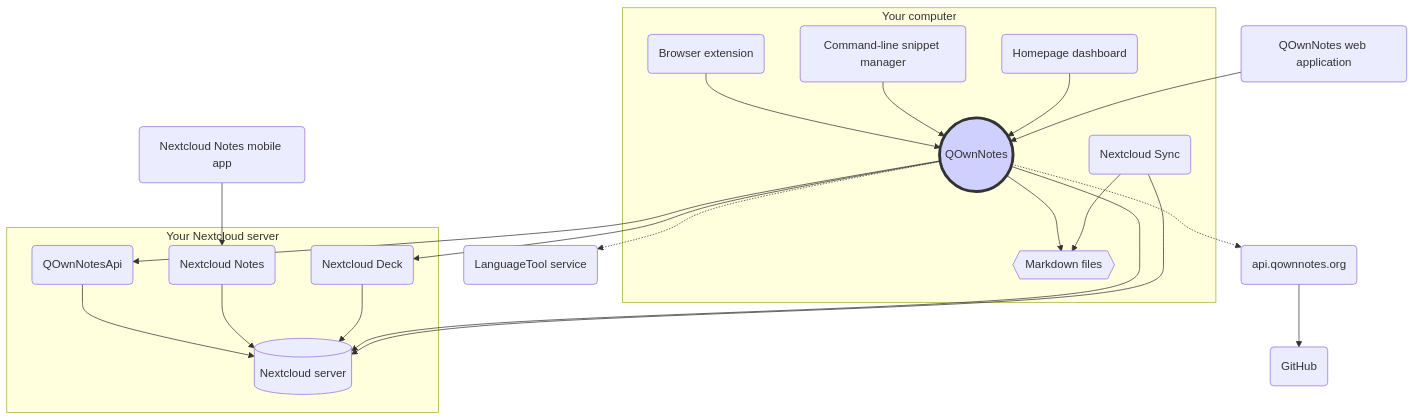
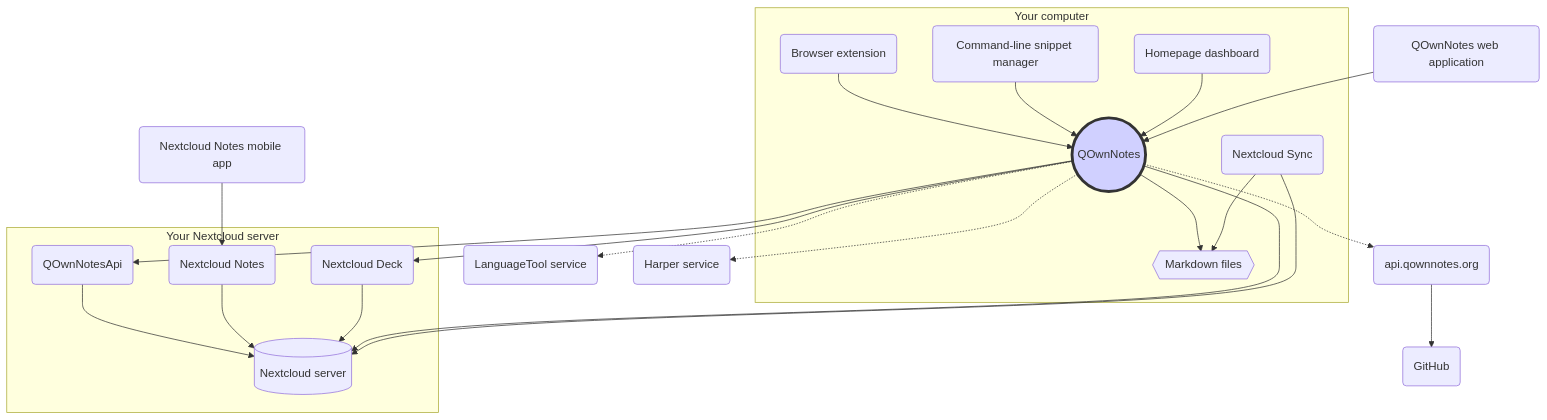
The diagram in webpage/src/getting-started/concept.md (dwongdev/QOwnNotes), drawn with Mermaid before and after one commit. The commit also changed 2 other files, not shown here.

Commit message:
#3576 doc: mention harper in mermaid diagram and readme

````diff
--- a/webpage/src/getting-started/concept.md
+++ b/webpage/src/getting-started/concept.md
@@ -13,41 +13,43 @@
 ```mermaid
 graph TB
     subgraph Your computer
         qon((QOwnNotes))-->md{{"Markdown files"}}
         sync("Nextcloud Sync")-->md
         qon-comp("Browser extension")-->qon
         qc("Command-line snippet manager")-->qon
         homepage("Homepage dashboard")-->qon
     end
     subgraph Your Nextcloud server
         qon-api("QOwnNotesApi")-->ncs[("Nextcloud server")]
         nc-notes-app("Nextcloud Notes")-->ncs
         nc-deck-app("Nextcloud Deck")-->ncs
     end
 
     nc-notes-mob("Nextcloud Notes mobile app")-->nc-notes-app
     qon-web-app("QOwnNotes web application")-->qon
     qon-->qon-api
     qon-->ncs
     qon-->nc-deck-app
     sync-->ncs
     qon-.->lt("LanguageTool service")
+    qon-.->harper("Harper service")
     qon-.->qon-web-api("api.qownnotes.org")
     qon-web-api-->github("GitHub")
 
     style qon fill:#d0d0ff,stroke:#333,stroke-width:4px
     click qon "/getting-started/concept.html#qownnotes" "QOwnNotes Desktop Application for managing your notes on your desktop computer"
     click md "/getting-started/concept.html#markdown-note-files" "Markdown, media and attachment files in your note folder"
     click qon-comp "/getting-started/concept.html#qownnotes-browser-extension" "QOwnNotes browser extension for managing bookmarks in markdown files and as web clipper"
     click qc "/getting-started/concept.html#qownnotes-command-line-snippet-manager" "QOwnNotes command-line snippet manager"
     click homepage "/getting-started/concept.html#homepage-dashboard" "Homepage dashboard using QOwnNotes bookmark suggestions"
     click sync "/getting-started/concept.html#nextcloud-desktop-sync-client" "Nextcloud desktop sync client to sync your notes to your server"
     click ncs "/getting-started/concept.html#nextcloud-server" "Nextcloud server to host your notes and other files"
     click qon-api "/getting-started/concept.html#qownnotesapi-nextcloud-app" "QOwnNotesAPI Nextcloud app to access your server-side trash and note versions"
     click nc-notes-app "/getting-started/concept.html#nextcloud-notes-server-app" "Nextcloud Notes server app to manage your notes in the web"
     click nc-notes-mob "/getting-started/concept.html#nextcloud-notes-mobile-app" "Nextcloud Notes mobile app to manage your notes on your mobile phone"
     click nc-deck-app "/getting-started/concept.html#nextcloud-deck-server-app" "Nextcloud Deck server app to manage reminders and todo lists in the web"
     click qon-web-app "/getting-started/concept.html#qownnotes-web-app" "QOwnNotes Web App to send photos from your mobile phone"
     click lt "/editor/languagetool.html" "Optional LanguageTool server for grammar and style checking"
+    click harper "/editor/harper.html" "Optional Harper service for offline grammar and style checking"
     click qon-web-api "/getting-started/concept.html#api-qownnotes-org"
 ```
````
